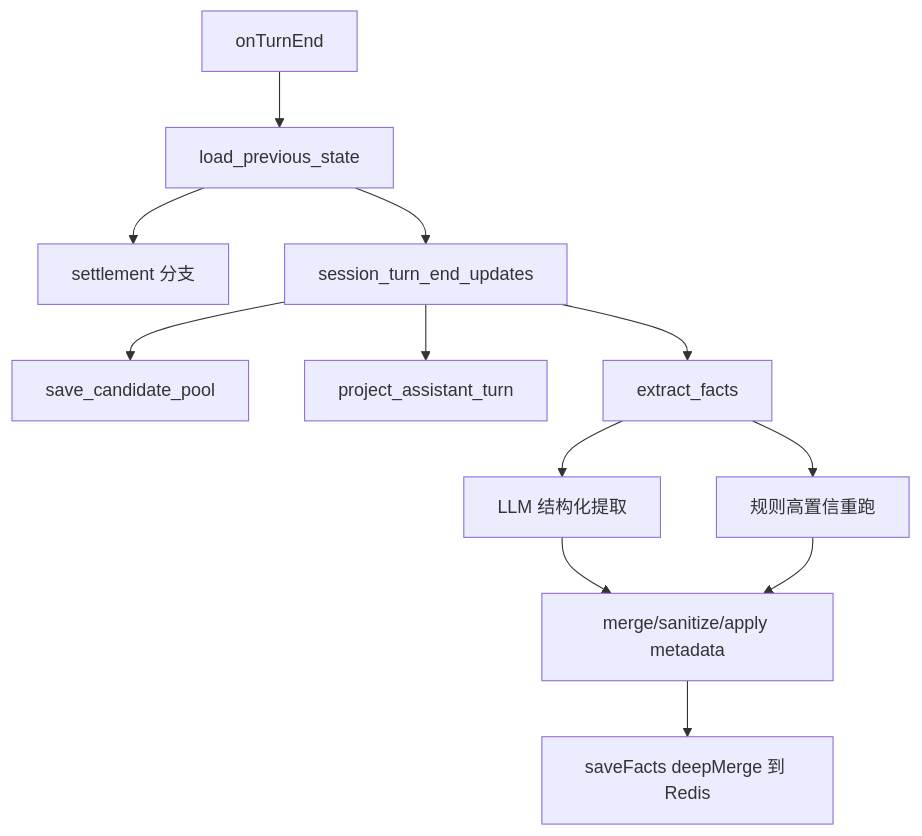
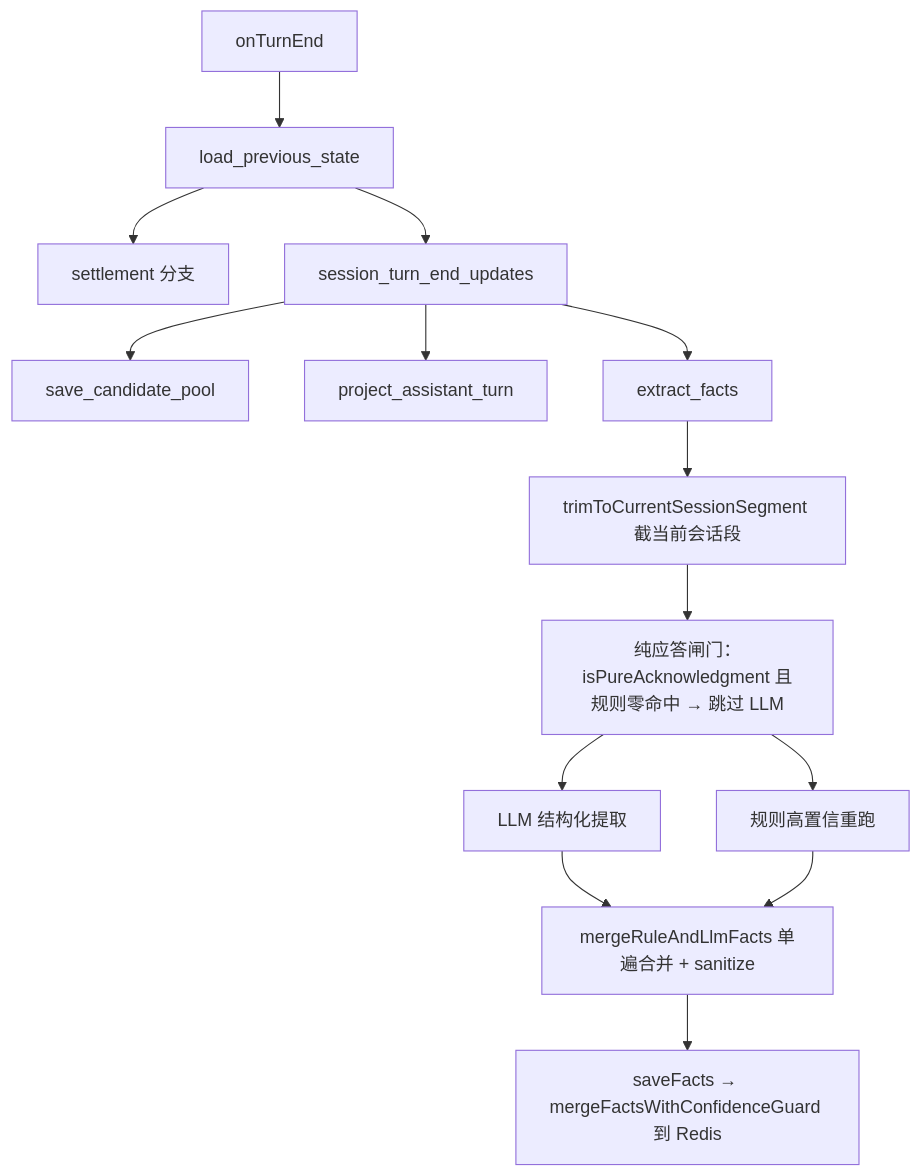
The fourth of 5 diagrams in docs/architecture/memory-and-hints-data-flow.md (huajune/cake-agent-runtime), drawn with Mermaid before and after one commit. The commit also changed other lines of this file and 4 other files, not shown here.

````diff
--- a/docs/architecture/memory-and-hints-data-flow.md
+++ b/docs/architecture/memory-and-hints-data-flow.md
@@ -331,14 +338,16 @@
 ```mermaid
 flowchart TD
   A["onTurnEnd"] --> B["load_previous_state"]
   B --> C["settlement 分支"]
   B --> D["session_turn_end_updates"]
   D --> E["save_candidate_pool"]
   D --> F["project_assistant_turn"]
   D --> G["extract_facts"]
-  G --> H["LLM 结构化提取"]
-  G --> I["规则高置信重跑"]
-  H --> J["merge/sanitize/apply metadata"]
+  G --> S["trimToCurrentSessionSegment 截当前会话段"]
+  S --> T["纯应答闸门：isPureAcknowledgment 且规则零命中 → 跳过 LLM"]
+  T --> H["LLM 结构化提取"]
+  T --> I["规则高置信重跑"]
+  H --> J["mergeRuleAndLlmFacts 单遍合并 + sanitize"]
   I --> J
-  J --> K["saveFacts deepMerge 到 Redis"]
+  J --> K["saveFacts → mergeFactsWithConfidenceGuard 到 Redis"]
 ```
````
